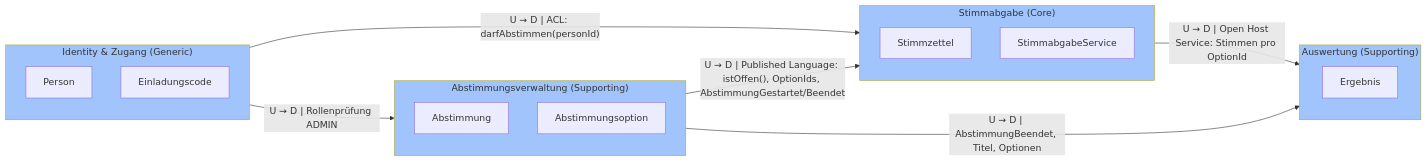
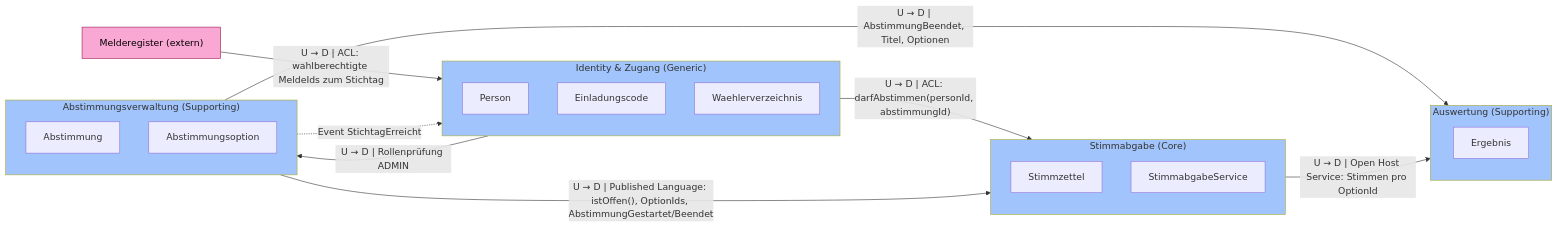
The seventh of 9 diagrams in documentation/Uebung3.md (normaharley/ModerneSoftwarentwicklungWS26), drawn with Mermaid before and after one commit. The commit also changed other lines of this file, not shown here.

Commit message:
Uebung 3: Fix for MeldeID Problem

````diff
--- a/documentation/Uebung3.md
+++ b/documentation/Uebung3.md
@@ -319,32 +337,38 @@
 ```mermaid
 flowchart LR
+    MR["Melderegister (extern)"]
+
     subgraph ID["Identity & Zugang (Generic)"]
         P[Person]
         E[Einladungscode]
+        W[Waehlerverzeichnis]
     end
 
     subgraph AV["Abstimmungsverwaltung (Supporting)"]
         A[Abstimmung]
         O[Abstimmungsoption]
     end
 
     subgraph SA["Stimmabgabe (Core)"]
         S[Stimmzettel]
         SS[StimmabgabeService]
     end
 
     subgraph AW["Auswertung (Supporting)"]
         R[Ergebnis]
     end
 
-    ID -- "U → D | ACL: darfAbstimmen(personId)" --> SA
+    MR -- "U → D | ACL: wahlberechtigte MeldeIds zum Stichtag" --> ID
+    ID -- "U → D | ACL: darfAbstimmen(personId, abstimmungId)" --> SA
     ID -- "U → D | Rollenprüfung ADMIN" --> AV
+    AV -. "Event StichtagErreicht" .-> ID
     AV -- "U → D | Published Language: istOffen(), OptionIds, AbstimmungGestartet/Beendet" --> SA
     AV -- "U → D | AbstimmungBeendet, Titel, Optionen" --> AW
     SA -- "U → D | Open Host Service: Stimmen pro OptionId" --> AW
 
     style ID fill:#a0c4fb
     style AV fill:#a0c4fb
     style SA fill:#a0c4fb
     style AW fill:#a0c4fb
+    style MR fill:#f9a8d4,stroke:#9d174d,color:#000
 ```
````
